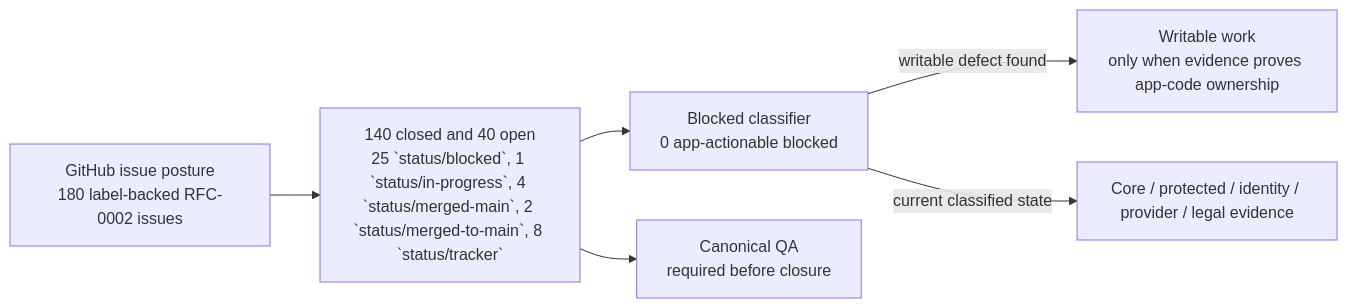
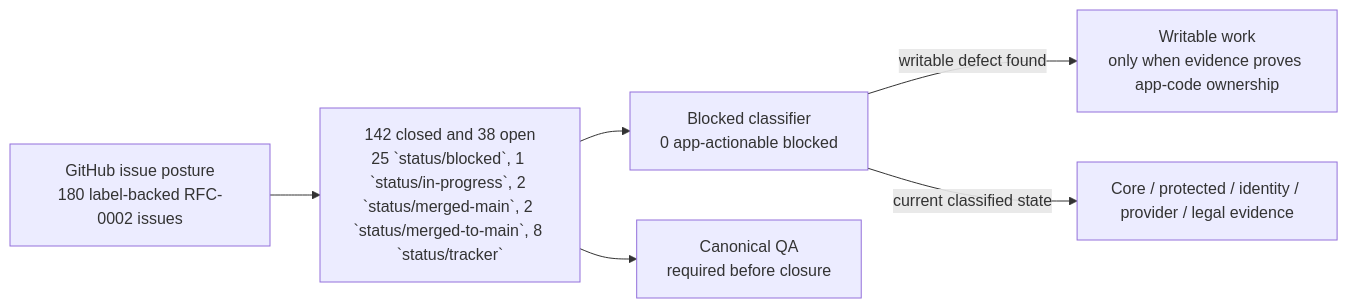
One commit to sgajbi/lotus-idea changed the first of 2 diagrams in wiki/RFC-0002-Execution-Status.md. Above: the diagram before and after it, drawn with Mermaid. The commit also changed other lines of this file and 9 other files, not shown here.

````diff
--- a/wiki/RFC-0002-Execution-Status.md
+++ b/wiki/RFC-0002-Execution-Status.md
@@ -39,15 +39,15 @@
 ```mermaid
 flowchart LR
     Issues["GitHub issue posture<br/>180 label-backed RFC-0002 issues"]
-    Open["140 closed and 40 open<br/>25 `status/blocked`, 1 `status/in-progress`, 4 `status/merged-main`, 2 `status/merged-to-main`, 8 `status/tracker`"]
+    Open["142 closed and 38 open<br/>25 `status/blocked`, 1 `status/in-progress`, 2 `status/merged-main`, 2 `status/merged-to-main`, 8 `status/tracker`"]
     Blocked["Blocked classifier<br/>0 app-actionable blocked"]
     Work["Writable work<br/>only when evidence proves app-code ownership"]
     External["Core / protected / identity / provider / legal evidence"]
     QA["Canonical QA<br/>required before closure"]
 
     Issues --> Open
     Open --> Blocked
     Blocked -->|"writable defect found"| Work
     Blocked -->|"current classified state"| External
     Open --> QA
 ```
````
